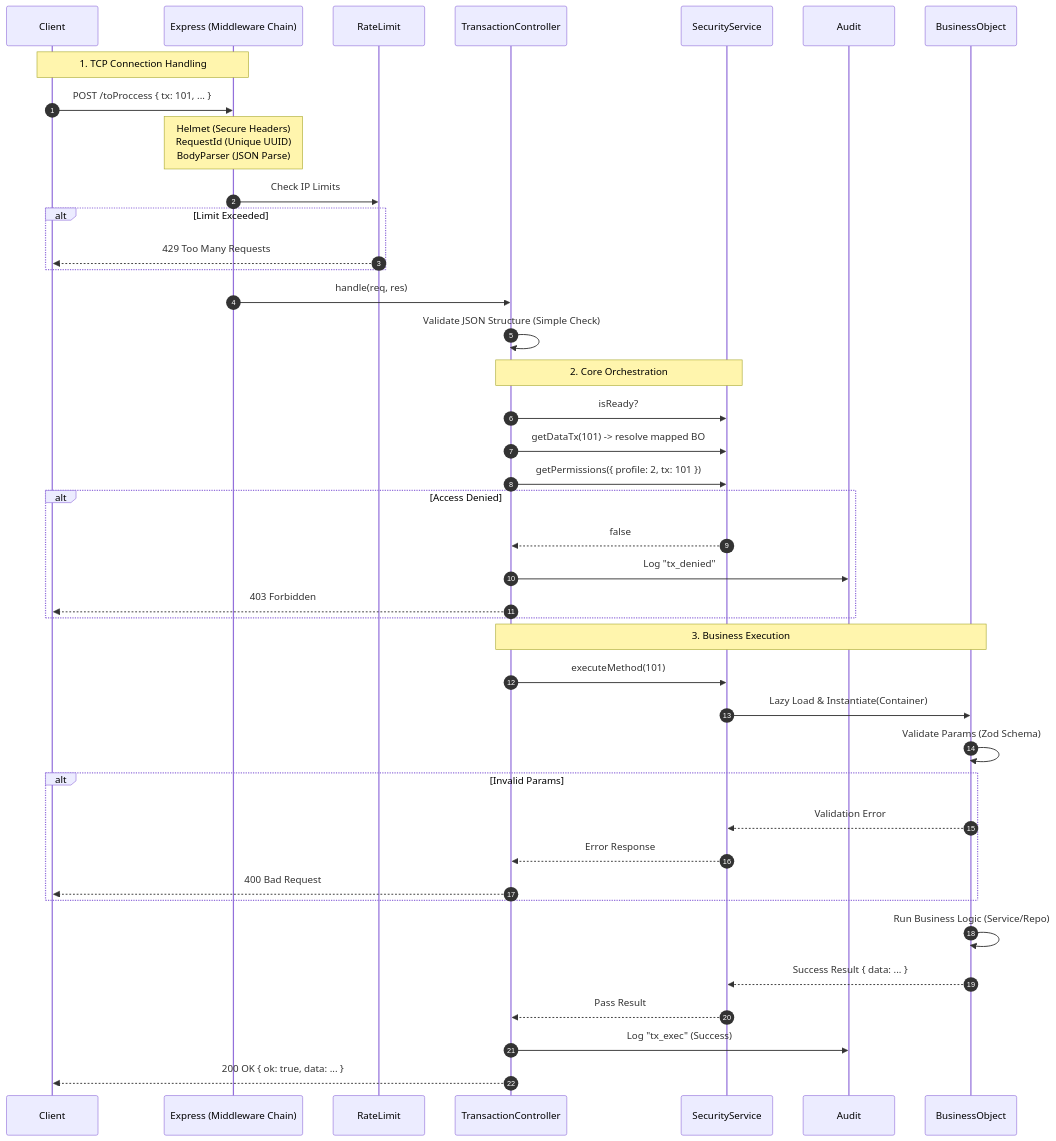
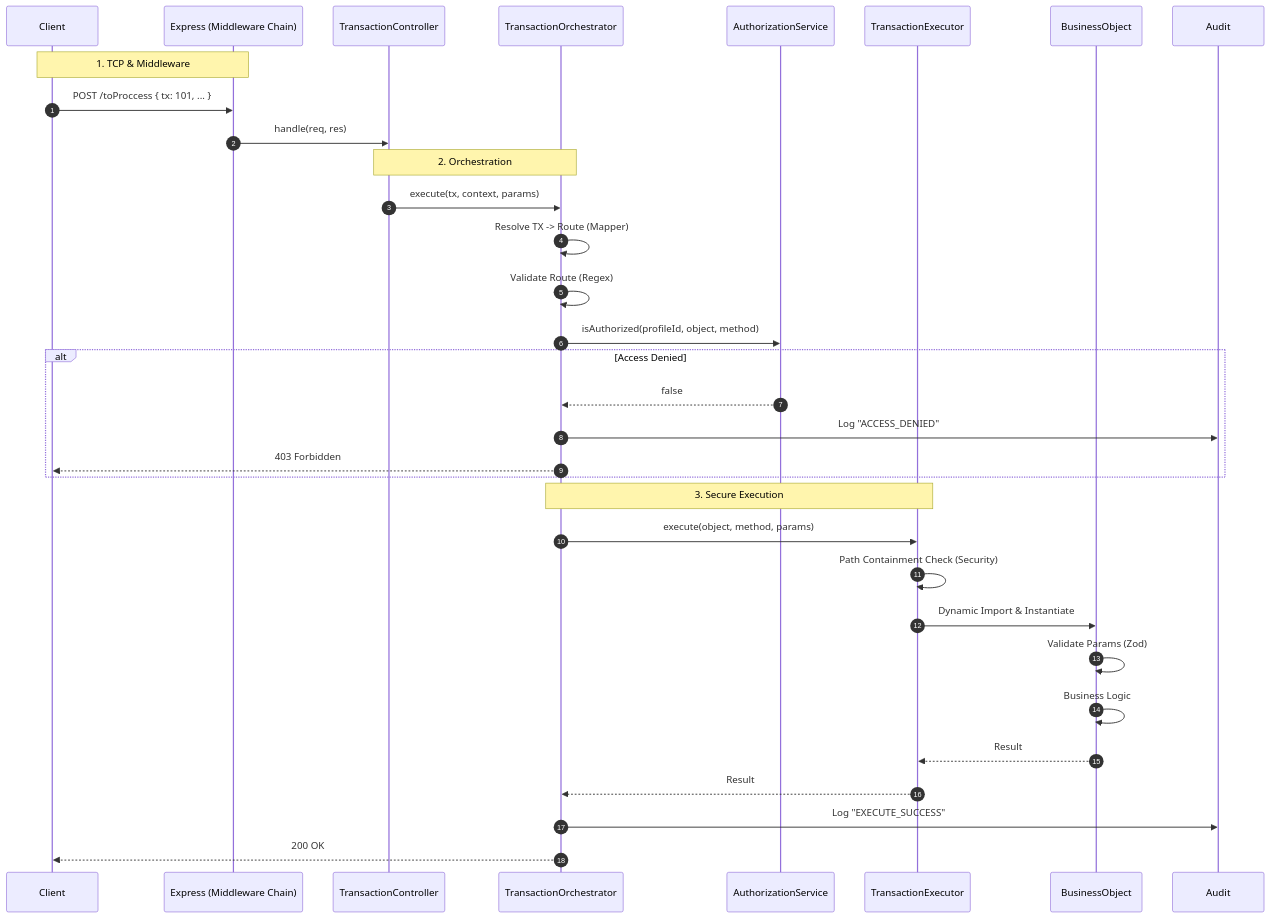
Before and after one commit to EliabParra/toproc: the diagram in docs/02-Architecture/TRANSACTION_FLOW.en.md, drawn with Mermaid. The commit also changed other lines of this file and 18 other files, not shown here.

First line of the commit message:
refactor(security): core decoupling and security hardening

````diff
--- a/docs/02-Architecture/TRANSACTION_FLOW.en.md
+++ b/docs/02-Architecture/TRANSACTION_FLOW.en.md
@@ -7,55 +7,45 @@
 ```mermaid
 sequenceDiagram
     autonumber
     participant Client
     participant Express as Express (Middleware Chain)
-    participant RateLimit
     participant TxCtrl as TransactionController
-    participant Security as SecurityService
+    participant Orch as TransactionOrchestrator
+    participant AuthZ as AuthorizationService
+    participant Exec as TransactionExecutor
+    participant BO as BusinessObject
     participant Audit
-    participant BO as BusinessObject
 
-    Note over Client,Express: 1. TCP Connection Handling
+    Note over Client,Express: 1. TCP & Middleware
     Client->>Express: POST /toProccess { tx: 101, ... }
+    Express->>TxCtrl: handle(req, res)
 
-    Note over Express: Helmet (Secure Headers)<br>RequestId (Unique UUID)<br>BodyParser (JSON Parse)
+    Note over TxCtrl,Orch: 2. Orchestration
+    TxCtrl->>Orch: execute(tx, context, params)
 
-    Express->>RateLimit: Check IP Limits
-    alt Limit Exceeded
-        RateLimit-->>Client: 429 Too Many Requests
+    Orch->>Orch: Resolve TX -> Route (Mapper)
+    Orch->>Orch: Validate Route (Regex)
+
+    Orch->>AuthZ: isAuthorized(profileId, object, method)
+    alt Access Denied
+        AuthZ-->>Orch: false
+        Orch->>Audit: Log "ACCESS_DENIED"
+        Orch-->>Client: 403 Forbidden
     end
 
-    Express->>TxCtrl: handle(req, res)
+    Note over Orch,Exec: 3. Secure Execution
+    Orch->>Exec: execute(object, method, params)
 
-    TxCtrl->>TxCtrl: Validate JSON Structure (Simple Check)
+    Exec->>Exec: Path Containment Check (Security)
+    Exec->>BO: Dynamic Import & Instantiate
 
-    Note over TxCtrl,Security: 2. Core Orchestration
-    TxCtrl->>Security: isReady?
-    TxCtrl->>Security: getDataTx(101) -> resolve mapped BO
+    BO->>BO: Validate Params (Zod)
 
-    TxCtrl->>Security: getPermissions({ profile: 2, tx: 101 })
-    alt Access Denied
-        Security-->>TxCtrl: false
-        TxCtrl->>Audit: Log "tx_denied"
-        TxCtrl-->>Client: 403 Forbidden
-    end
+    BO->>BO: Business Logic
 
-    Note over TxCtrl,BO: 3. Business Execution
-    TxCtrl->>Security: executeMethod(101)
-    Security->>BO: Lazy Load & Instantiate(Container)
+    BO-->>Exec: Result
+    Exec-->>Orch: Result
 
-    BO->>BO: Validate Params (Zod Schema)
-    alt Invalid Params
-        BO-->>Security: Validation Error
-        Security-->>TxCtrl: Error Response
-        TxCtrl-->>Client: 400 Bad Request
-    end
-
-    BO->>BO: Run Business Logic (Service/Repo)
-
-    BO-->>Security: Success Result { data: ... }
-    Security-->>TxCtrl: Pass Result
-
-    TxCtrl->>Audit: Log "tx_exec" (Success)
-    TxCtrl-->>Client: 200 OK { ok: true, data: ... }
+    Orch->>Audit: Log "EXECUTE_SUCCESS"
+    Orch-->>Client: 200 OK
 ```
````
